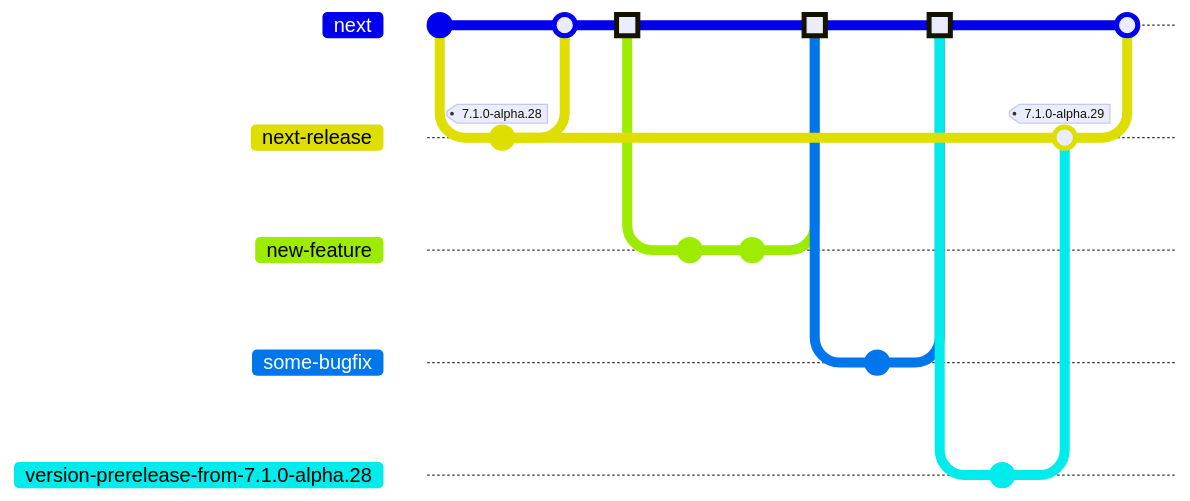
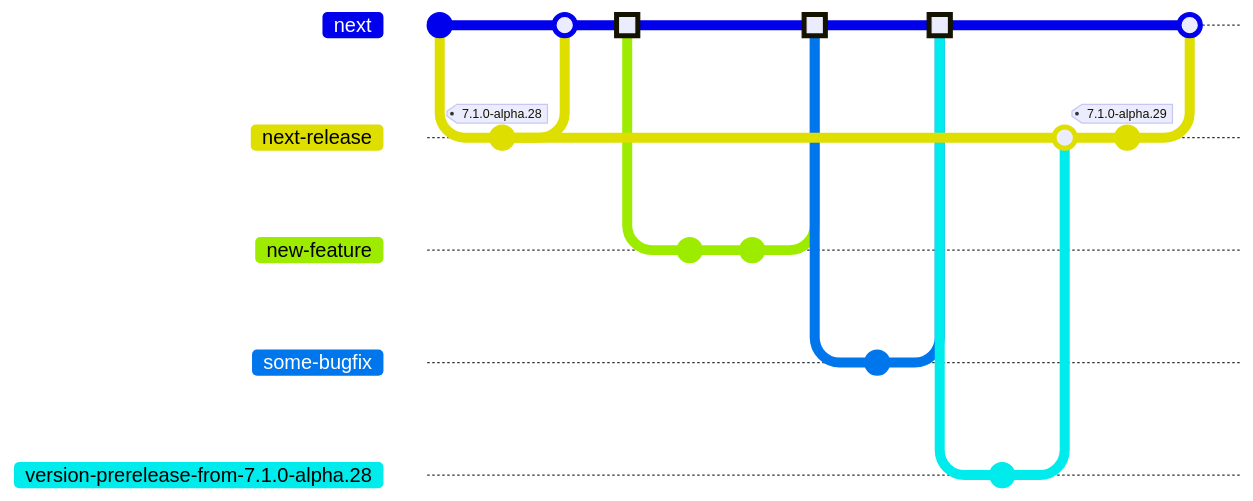
The second of 5 diagrams in CONTRIBUTING/RELEASING.md (W427697/Discord-), drawn with Mermaid before and after one commit. The commit also changed other lines of this file, not shown here. Commit ids are hidden.

Commit message:
update docs with deferred versioning flow

````diff
--- a/CONTRIBUTING/RELEASING.md
+++ b/CONTRIBUTING/RELEASING.md
@@ -133,25 +133,26 @@
 ```mermaid
 %%{init: { 'gitGraph': { 'mainBranchName': 'next' } } }%%
 gitGraph
     commit
     branch next-release
     commit tag: "7.1.0-alpha.28"
     checkout next
     merge next-release
     commit type: HIGHLIGHT id: "direct commit"
     branch new-feature
     commit
     commit
     checkout next
     merge new-feature type: HIGHLIGHT
     branch some-bugfix
     commit
     checkout next
     merge some-bugfix type: HIGHLIGHT
     branch version-prerelease-from-7.1.0-alpha.28
-    commit id: "bump version"
+    commit id: "write changelog"
     checkout next-release
-    merge version-prerelease-from-7.1.0-alpha.28 tag: "7.1.0-alpha.29"
+    merge version-prerelease-from-7.1.0-alpha.28
+    commit id: "bump versions" tag: "7.1.0-alpha.29"
     checkout next
     merge next-release
 ```
````
